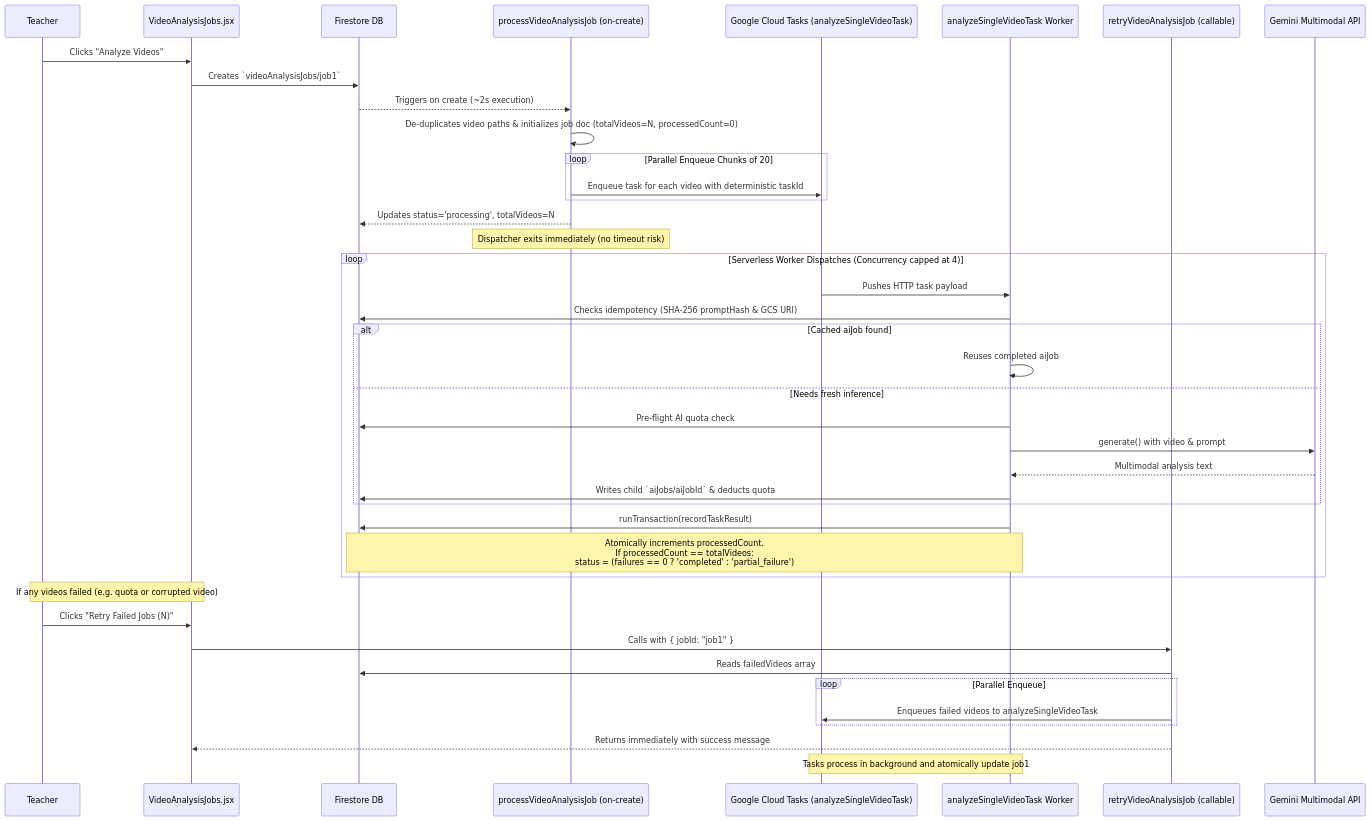
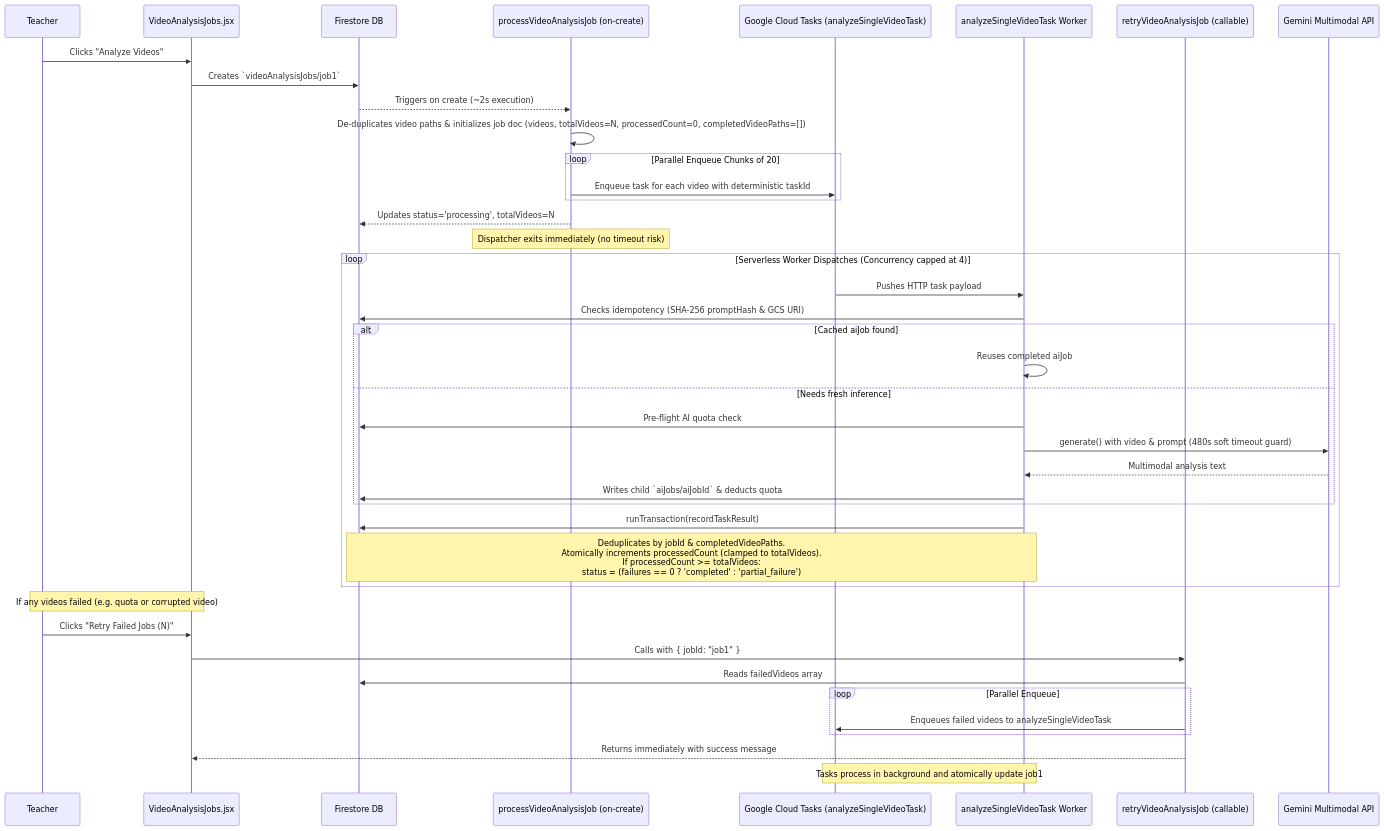
One commit to wongcyrus/Google-AI-Classroom changed the first of 4 diagrams in docs/video-analysis-workflow.md. Above: the diagram before and after it, drawn with Mermaid. The commit also changed other lines of this file and 11 other files, not shown here.

Commit message:
fix(video-jobs): enforce videoPath idempotency, real-time onSnapshot progress, and Processing (N) sub-job synthesis + update docs

````diff
--- a/docs/video-analysis-workflow.md
+++ b/docs/video-analysis-workflow.md
@@ -44,46 +44,46 @@
 ```mermaid
 sequenceDiagram
     participant User as Teacher
     participant Frontend as VideoAnalysisJobs.jsx
     participant Firestore as Firestore DB
     participant Dispatcher as processVideoAnalysisJob (on-create)
     participant TasksQueue as Google Cloud Tasks (analyzeSingleVideoTask)
     participant Worker as analyzeSingleVideoTask Worker
     participant RetryFunction as retryVideoAnalysisJob (callable)
-    participant VertexAI as Gemini Multimodal API
+    participant GeminiAPI as Gemini Multimodal API
 
     User->>Frontend: Clicks "Analyze Videos"
     Frontend->>Firestore: Creates `videoAnalysisJobs/job1`
     Firestore-->>Dispatcher: Triggers on create (~2s execution)
-    Dispatcher->>Dispatcher: De-duplicates video paths & initializes job doc (totalVideos=N, processedCount=0)
+    Dispatcher->>Dispatcher: De-duplicates video paths & initializes job doc (videos, totalVideos=N, processedCount=0, completedVideoPaths=[])
     loop Parallel Enqueue Chunks of 20
         Dispatcher->>TasksQueue: Enqueue task for each video with deterministic taskId
     end
     Dispatcher-->>Firestore: Updates status='processing', totalVideos=N
     Note over Dispatcher: Dispatcher exits immediately (no timeout risk)
 
     loop Serverless Worker Dispatches (Concurrency capped at 4)
         TasksQueue->>Worker: Pushes HTTP task payload
         Worker->>Firestore: Checks idempotency (SHA-256 promptHash & GCS URI)
         alt Cached aiJob found
             Worker->>Worker: Reuses completed aiJob
         else Needs fresh inference
             Worker->>Firestore: Pre-flight AI quota check
-            Worker->>VertexAI: generate() with video & prompt
-            VertexAI-->>Worker: Multimodal analysis text
+            Worker->>GeminiAPI: generate() with video & prompt (480s soft timeout guard)
+            GeminiAPI-->>Worker: Multimodal analysis text
             Worker->>Firestore: Writes child `aiJobs/aiJobId` & deducts quota
         end
         Worker->>Firestore: runTransaction(recordTaskResult)
-        Note over Worker, Firestore: Atomically increments processedCount.<br/>If processedCount == totalVideos:<br/>status = (failures == 0 ? 'completed' : 'partial_failure')
+        Note over Worker, Firestore: Deduplicates by jobId & completedVideoPaths.<br/>Atomically increments processedCount (clamped to totalVideos).<br/>If processedCount >= totalVideos:<br/>status = (failures == 0 ? 'completed' : 'partial_failure')
     end
 
     Note over User, Frontend: If any videos failed (e.g. quota or corrupted video)
     User->>Frontend: Clicks "Retry Failed Jobs (N)"
     Frontend->>RetryFunction: Calls with { jobId: "job1" }
     RetryFunction->>Firestore: Reads failedVideos array
     loop Parallel Enqueue
         RetryFunction->>TasksQueue: Enqueues failed videos to analyzeSingleVideoTask
     end
     RetryFunction-->>Frontend: Returns immediately with success message
     Note over TasksQueue, Worker: Tasks process in background and atomically update job1
 ```
````
